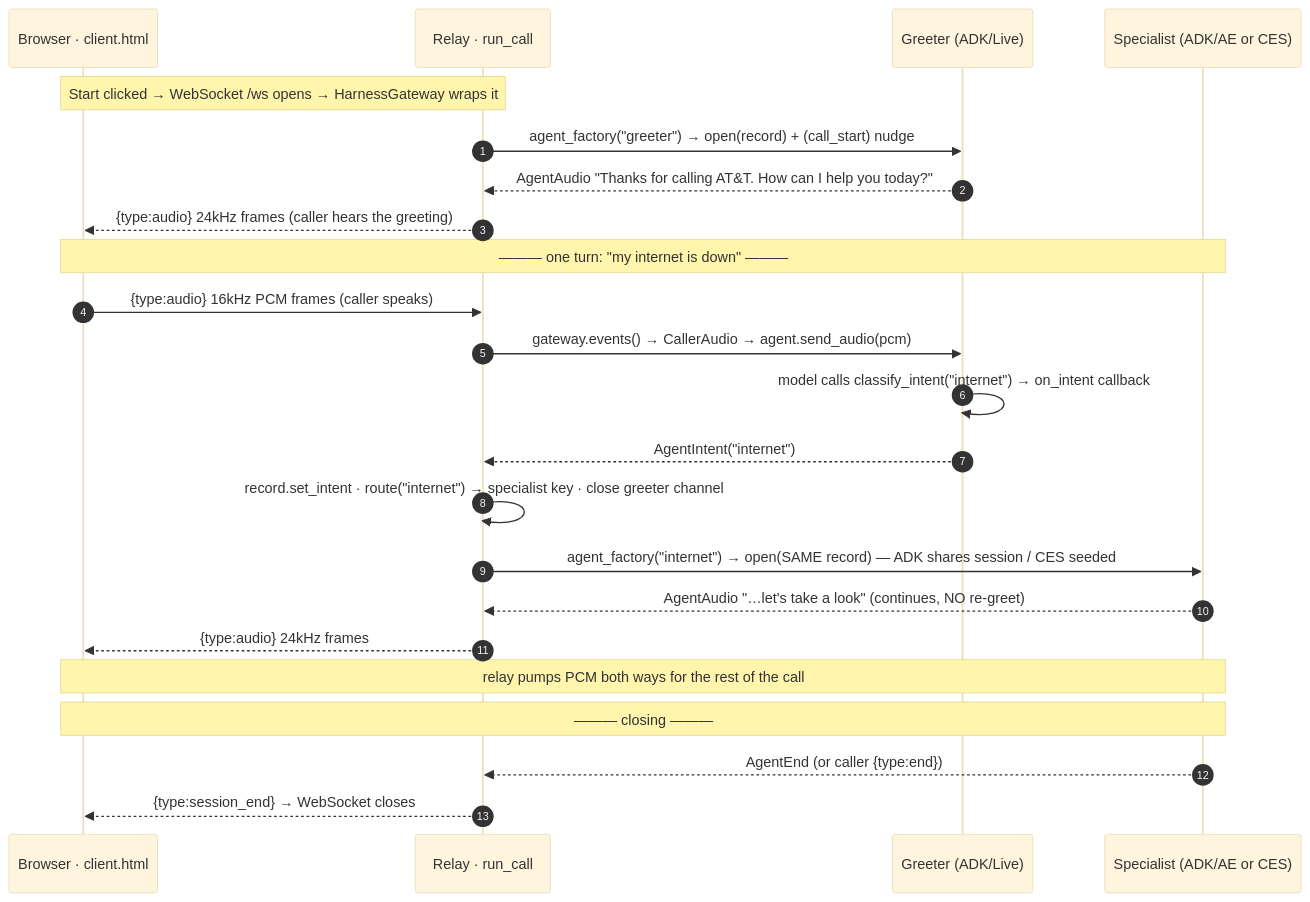
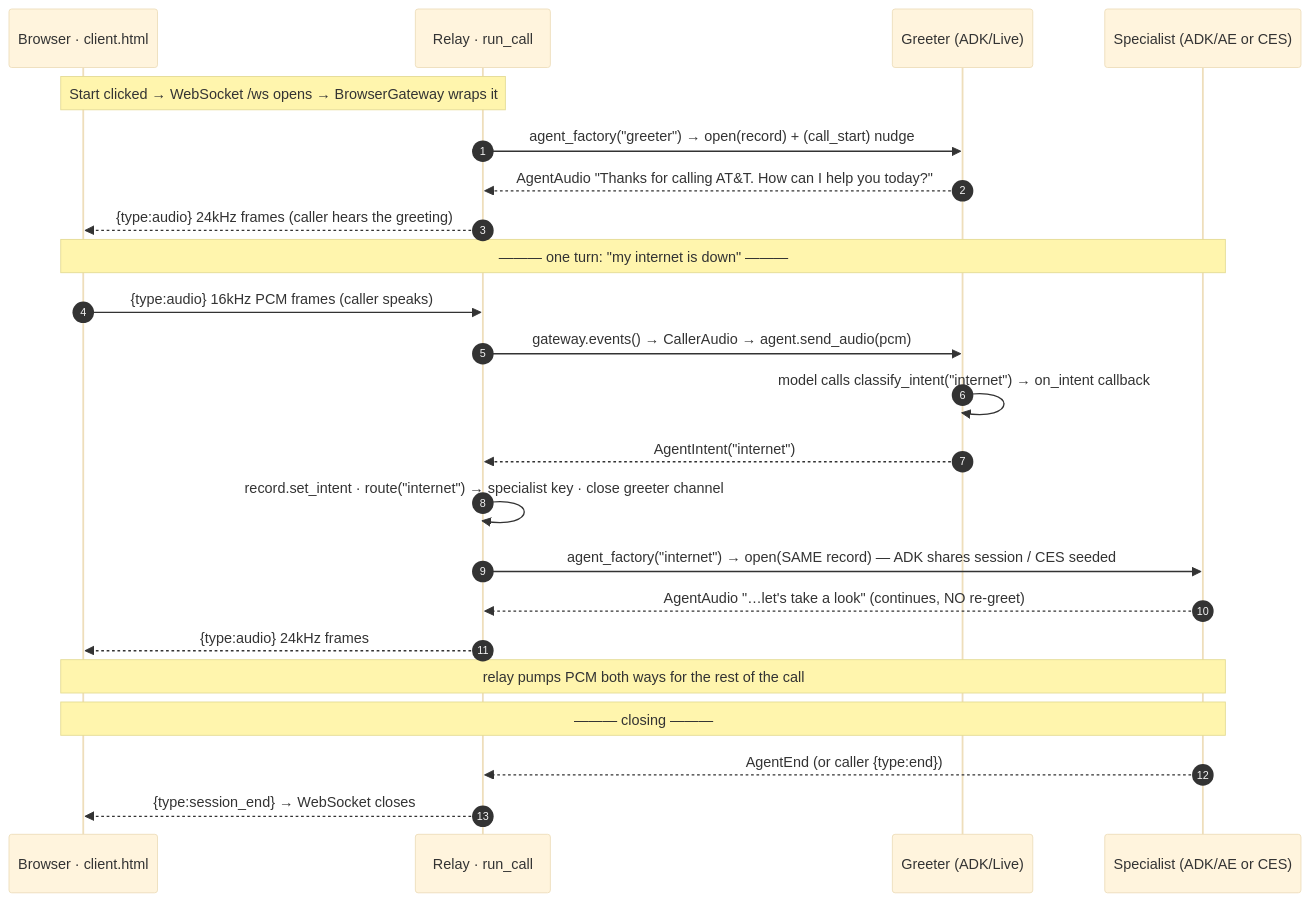
One commit to puvvula89/att-voice changed the diagram in audiocodes-to-adk-agent/README.md. Above: the diagram before and after it, drawn with Mermaid (base theme). The commit also changed other lines of this file and 17 other files, not shown here.

````diff
--- a/audiocodes-to-adk-agent/README.md
+++ b/audiocodes-to-adk-agent/README.md
@@ -92,28 +92,28 @@
 ```mermaid
 sequenceDiagram
     autonumber
     participant B as Browser · client.html
     participant R as Relay · run_call
     participant Gr as Greeter (ADK/Live)
     participant Sp as Specialist (ADK/AE or CES)
 
-    Note over B,R: Start clicked → WebSocket /ws opens → HarnessGateway wraps it
+    Note over B,R: Start clicked → WebSocket /ws opens → BrowserGateway wraps it
     R->>Gr: agent_factory("greeter") → open(record) + (call_start) nudge
     Gr-->>R: AgentAudio "Thanks for calling AT&T. How can I help you today?"
     R-->>B: {type:audio} 24kHz frames (caller hears the greeting)
 
     Note over B,Sp: ——— one turn: "my internet is down" ———
     B->>R: {type:audio} 16kHz PCM frames (caller speaks)
     R->>Gr: gateway.events() → CallerAudio → agent.send_audio(pcm)
     Gr->>Gr: model calls classify_intent("internet") → on_intent callback
     Gr-->>R: AgentIntent("internet")
     R->>R: record.set_intent · route("internet") → specialist key · close greeter channel
     R->>Sp: agent_factory("internet") → open(SAME record) — ADK shares session / CES seeded
     Sp-->>R: AgentAudio "…let's take a look" (continues, NO re-greet)
     R-->>B: {type:audio} 24kHz frames
     Note over B,Sp: relay pumps PCM both ways for the rest of the call
 
     Note over B,Sp: ——— closing ———
     Sp-->>R: AgentEnd  (or caller {type:end})
     R-->>B: {type:session_end} → WebSocket closes
 ```
````
